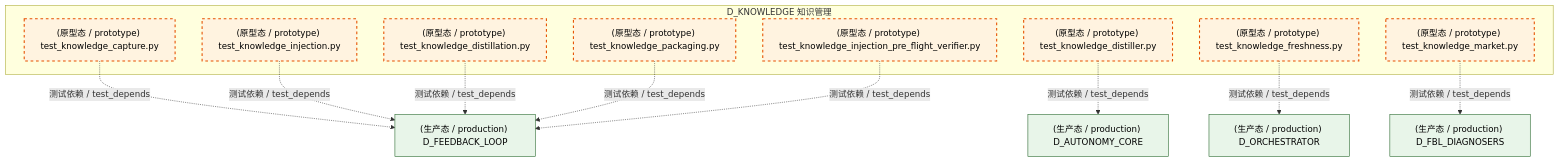
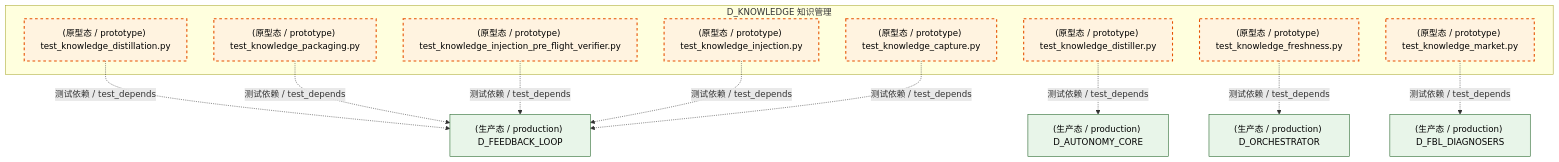
The second of 5 diagrams in docs/02_enterprise_architecture/02_domain_architecture_docs/48_d_knowledge.md (xuanFelixVan/ZephyrAlpha), drawn with Mermaid before and after one commit. The commit also changed other lines of this file and 126 other files, not shown here.

````diff
--- a/docs/02_enterprise_architecture/02_domain_architecture_docs/48_d_knowledge.md
+++ b/docs/02_enterprise_architecture/02_domain_architecture_docs/48_d_knowledge.md
@@ -174,31 +174,31 @@
 ```mermaid
 graph TD
     subgraph D_KNOWLEDGE["D_KNOWLEDGE 知识管理"]
         tests_knowledge_engine_test_knowledge_capture_py["(原型态 / prototype) test_knowledge_capture.py"]
         tests_knowledge_engine_test_knowledge_distillation_py["(原型态 / prototype) test_knowledge_distillation.py"]
         tests_knowledge_engine_test_knowledge_distiller_py["(原型态 / prototype) test_knowledge_distiller.py"]
         tests_knowledge_engine_test_knowledge_freshness_py["(原型态 / prototype) test_knowledge_freshness.py"]
         tests_knowledge_engine_test_knowledge_injection_py["(原型态 / prototype) test_knowledge_injection.py"]
         tests_knowledge_engine_test_knowledge_injection_pre_flight_verifier_py["(原型态 / prototype) test_knowledge_injection_pre_flight_verifier.py"]
         tests_knowledge_engine_test_knowledge_market_py["(原型态 / prototype) test_knowledge_market.py"]
         tests_knowledge_engine_test_knowledge_packaging_py["(原型态 / prototype) test_knowledge_packaging.py"]
     end
-    D_AUTONOMY_CORE["(生产态 / production) D_AUTONOMY_CORE"]
-    tests_knowledge_engine_test_knowledge_distiller_py -.->|测试依赖 / test_depends| D_AUTONOMY_CORE
     D_FEEDBACK_LOOP["(生产态 / production) D_FEEDBACK_LOOP"]
-    tests_knowledge_engine_test_knowledge_capture_py -.->|测试依赖 / test_depends| D_FEEDBACK_LOOP
+    tests_knowledge_engine_test_knowledge_distillation_py -.->|测试依赖 / test_depends| D_FEEDBACK_LOOP
+    tests_knowledge_engine_test_knowledge_packaging_py -.->|测试依赖 / test_depends| D_FEEDBACK_LOOP
+    tests_knowledge_engine_test_knowledge_injection_pre_flight_verifier_py -.->|测试依赖 / test_depends| D_FEEDBACK_LOOP
     D_FBL_DIAGNOSERS["(生产态 / production) D_FBL_DIAGNOSERS"]
     tests_knowledge_engine_test_knowledge_market_py -.->|测试依赖 / test_depends| D_FBL_DIAGNOSERS
     tests_knowledge_engine_test_knowledge_injection_py -.->|测试依赖 / test_depends| D_FEEDBACK_LOOP
-    tests_knowledge_engine_test_knowledge_distillation_py -.->|测试依赖 / test_depends| D_FEEDBACK_LOOP
-    tests_knowledge_engine_test_knowledge_packaging_py -.->|测试依赖 / test_depends| D_FEEDBACK_LOOP
-    tests_knowledge_engine_test_knowledge_injection_pre_flight_verifier_py -.->|测试依赖 / test_depends| D_FEEDBACK_LOOP
+    D_AUTONOMY_CORE["(生产态 / production) D_AUTONOMY_CORE"]
+    tests_knowledge_engine_test_knowledge_distiller_py -.->|测试依赖 / test_depends| D_AUTONOMY_CORE
+    tests_knowledge_engine_test_knowledge_capture_py -.->|测试依赖 / test_depends| D_FEEDBACK_LOOP
     D_ORCHESTRATOR["(生产态 / production) D_ORCHESTRATOR"]
     tests_knowledge_engine_test_knowledge_freshness_py -.->|测试依赖 / test_depends| D_ORCHESTRATOR
     classDef production fill:#e1f5fe,stroke:#01579b,stroke-width:2px,color:#000
     classDef design fill:#fff3e0,stroke:#e65100,stroke-width:2px,color:#000,stroke-dasharray: 5 5
     classDef external_prod fill:#e8f5e9,stroke:#1b5e20,stroke-width:1px,color:#000
     classDef external_design fill:#fce4ec,stroke:#880e4f,stroke-width:1px,color:#000,stroke-dasharray: 5 5
     class tests_knowledge_engine_test_knowledge_capture_py,tests_knowledge_engine_test_knowledge_distillation_py,tests_knowledge_engine_test_knowledge_distiller_py,tests_knowledge_engine_test_knowledge_freshness_py,tests_knowledge_engine_test_knowledge_injection_py,tests_knowledge_engine_test_knowledge_injection_pre_flight_verifier_py,tests_knowledge_engine_test_knowledge_market_py,tests_knowledge_engine_test_knowledge_packaging_py design
-    class D_AUTONOMY_CORE,D_FEEDBACK_LOOP,D_FBL_DIAGNOSERS,D_ORCHESTRATOR external_prod
+    class D_FEEDBACK_LOOP,D_FBL_DIAGNOSERS,D_AUTONOMY_CORE,D_ORCHESTRATOR external_prod
 ```
````
